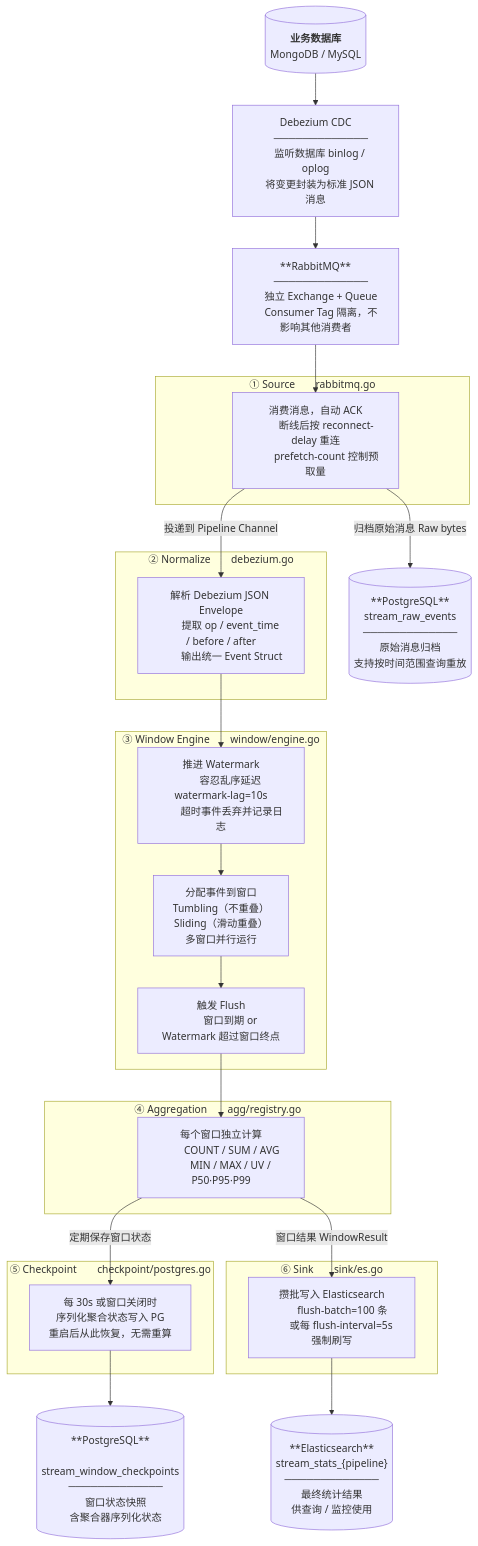
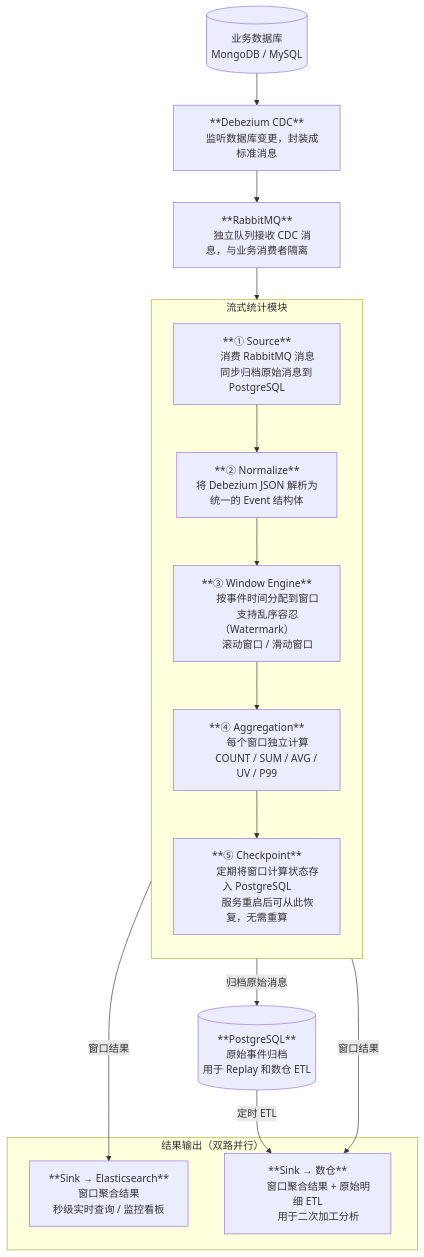
Before and after one commit to EthanScriptOn/strea-doc: the first of 3 diagrams in stream-stats-design.md, drawn with Mermaid. The commit also changed other lines of this file, not shown here.

Commit message:
update stream stats design: add data warehouse layer and simplify to overview

````diff
--- a/stream-stats-design.md
+++ b/stream-stats-design.md
@@ -28,83 +9,57 @@
 ```mermaid
 flowchart TD
-    DB[("`**业务数据库**
+    DB[("`业务数据库
     MongoDB / MySQL`")]
-    DBZ["Debezium CDC
-    ─────────────
-    监听数据库 binlog / oplog
-    将变更封装为标准 JSON 消息"]
+
+    DBZ["**Debezium CDC**
+    监听数据库变更，封装成标准消息"]
+
     MQ["**RabbitMQ**
-    ─────────────
-    独立 Exchange + Queue
-    Consumer Tag 隔离，不影响其他消费者"]
+    独立队列接收 CDC 消息，与业务消费者隔离"]
 
-    subgraph SRC["① Source　　rabbitmq.go"]
-        S1["消费消息，自动 ACK
-        断线后按 reconnect-delay 重连
-        prefetch-count 控制预取量"]
+    subgraph STREAM["流式统计模块"]
+        direction TB
+        A["**① Source**
+        消费 RabbitMQ 消息
+        同步归档原始消息到 PostgreSQL"]
+
+        B["**② Normalize**
+        将 Debezium JSON 解析为
+        统一的 Event 结构体"]
+
+        C["**③ Window Engine**
+        按事件时间分配到窗口
+        支持乱序容忍（Watermark）
+        滚动窗口 / 滑动窗口"]
+
+        D["**④ Aggregation**
+        每个窗口独立计算
+        COUNT / SUM / AVG / UV / P99"]
+
+        E["**⑤ Checkpoint**
+        定期将窗口计算状态存入 PostgreSQL
+        服务重启后可从此恢复，无需重算"]
+
+        A --> B --> C --> D --> E
     end
 
-    PG_RAW[("**PostgreSQL**
-    stream_raw_events
-    ─────────────
-    原始消息归档
-    支持按时间范围查询重放")]
+    PG_ARCHIVE[("**PostgreSQL**
+    原始事件归档
+    用于 Replay 和数仓 ETL")]
 
-    subgraph NORM["② Normalize　　debezium.go"]
-        N1["解析 Debezium JSON Envelope
-        提取 op / event_time / before / after
-        输出统一 Event Struct"]
+    subgraph OUTPUT["结果输出（双路并行）"]
+        ES["**Sink → Elasticsearch**
+        窗口聚合结果
+        秒级实时查询 / 监控看板"]
+
+        DW["**Sink → 数仓**
+        窗口聚合结果 + 原始明细 ETL
+        用于二次加工分析"]
     end
 
-    subgraph WIN["③ Window Engine　　window/engine.go"]
-        W1["推进 Watermark
-        容忍乱序延迟 watermark-lag=10s
-        超时事件丢弃并记录日志"]
-        W2["分配事件到窗口
-        Tumbling（不重叠）
-        Sliding（滑动重叠）
-        多窗口并行运行"]
-        W3["触发 Flush
-        窗口到期 or Watermark 超过窗口终点"]
-        W1 --> W2 --> W3
-    end
-
-    subgraph AGG["④ Aggregation　　agg/registry.go"]
-        A1["每个窗口独立计算
-        COUNT / SUM / AVG
-        MIN / MAX / UV / P50·P95·P99"]
-    end
-
-    subgraph CP["⑤ Checkpoint　　checkpoint/postgres.go"]
-        C1["每 30s 或窗口关闭时
-        序列化聚合状态写入 PG
-        重启后从此恢复，无需重算"]
-    end
-
-    subgraph SINK["⑥ Sink　　sink/es.go"]
-        E1["攒批写入 Elasticsearch
-        flush-batch=100 条
-        或每 flush-interval=5s 强制刷写"]
-    end
-
-    PG_CK[("**PostgreSQL**
-    stream_window_checkpoints
-    ─────────────
-    窗口状态快照
-    含聚合器序列化状态")]
-    ES[("**Elasticsearch**
-    stream_stats_{pipeline}
-    ─────────────
-    最终统计结果
-    供查询 / 监控使用")]
-
-    DB --> DBZ --> MQ --> S1
-    S1 -- "归档原始消息 Raw bytes" --> PG_RAW
-    S1 -- "投递到 Pipeline Channel" --> N1
-    N1 --> W1
-    W3 --> A1
-    A1 -- "定期保存窗口状态" --> C1
-    A1 -- "窗口结果 WindowResult" --> E1
-    C1 --> PG_CK
-    E1 --> ES
+    DB --> DBZ --> MQ --> A
+    A -- "归档原始消息" --> PG_ARCHIVE
+    D -- "窗口结果" --> ES
+    D -- "窗口结果" --> DW
+    PG_ARCHIVE -- "定时 ETL" --> DW
 ```
````
